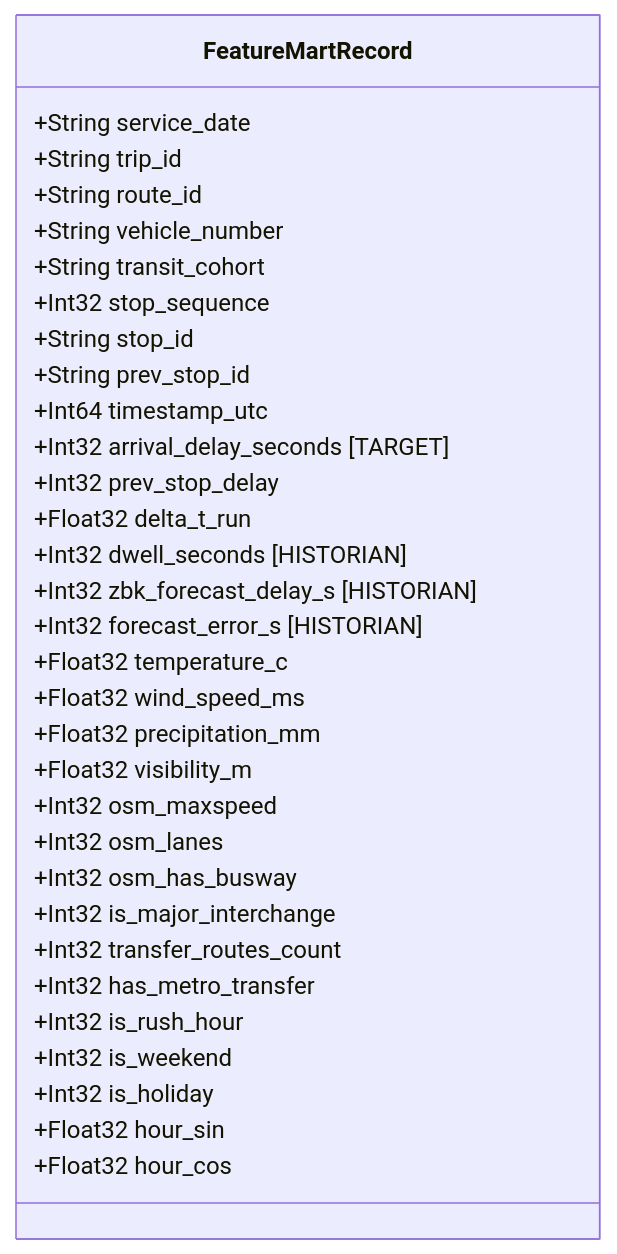
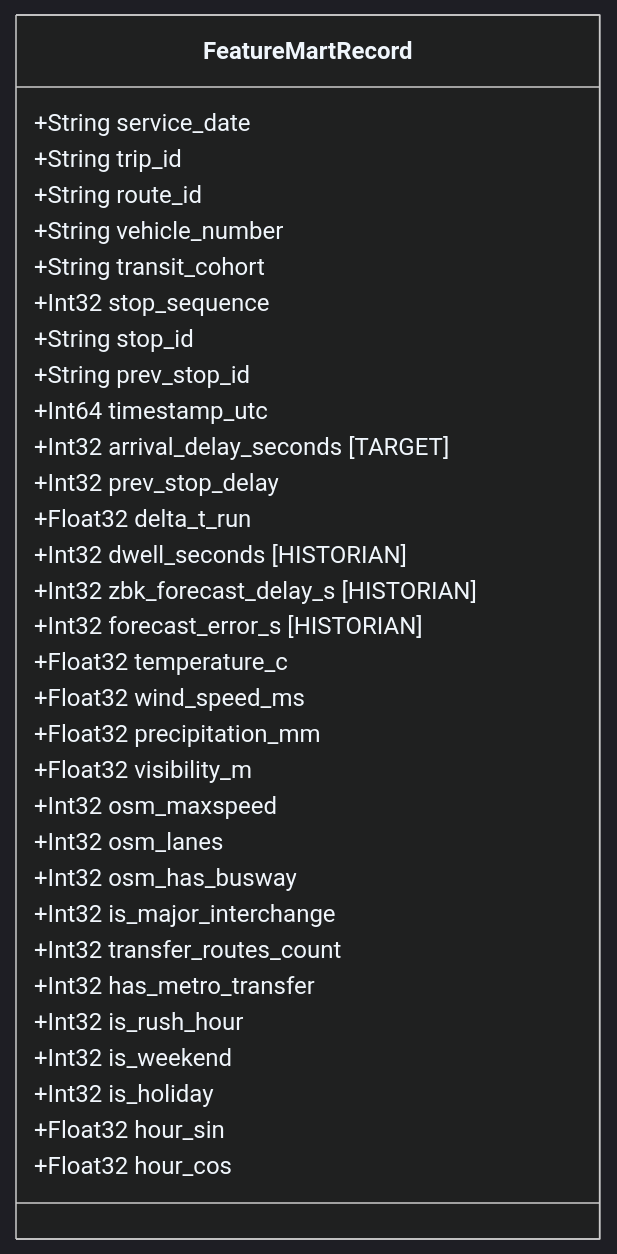
Before and after one commit to giangh14cqt/warsaw-public-transport-monitor: the second of 2 diagrams in architect/data_processing/feature_mart_fusion.md, drawn with Mermaid. The commit also changed other lines of this file and 9 other files, not shown here.

First line of the commit message:
style(architect): optimize all Mermaid diagrams for GitHub dark theme readability

````diff
--- a/architect/data_processing/feature_mart_fusion.md
+++ b/architect/data_processing/feature_mart_fusion.md
@@ -86,35 +110,46 @@
 ```mermaid
+%%{init: {
+  'theme': 'dark',
+  'themeVariables': {
+    'darkMode': true,
+    'background': '#0d1117',
+    'classText': '#f0f6fc',
+    'classBorder': '#58a6ff',
+    'classBkg': '#161b22',
+    'lineColor': '#8b949e'
+  }
+}}%%
 classDiagram
     class FeatureMartRecord {
         +String service_date
         +String trip_id
         +String route_id
         +String vehicle_number
         +String transit_cohort
         +Int32 stop_sequence
         +String stop_id
         +String prev_stop_id
         +Int64 timestamp_utc
         +Int32 arrival_delay_seconds [TARGET]
         +Int32 prev_stop_delay
         +Float32 delta_t_run
         +Int32 dwell_seconds [HISTORIAN]
         +Int32 zbk_forecast_delay_s [HISTORIAN]
         +Int32 forecast_error_s [HISTORIAN]
         +Float32 temperature_c
         +Float32 wind_speed_ms
         +Float32 precipitation_mm
         +Float32 visibility_m
         +Int32 osm_maxspeed
         +Int32 osm_lanes
         +Int32 osm_has_busway
         +Int32 is_major_interchange
         +Int32 transfer_routes_count
         +Int32 has_metro_transfer
         +Int32 is_rush_hour
         +Int32 is_weekend
         +Int32 is_holiday
         +Float32 hour_sin
         +Float32 hour_cos
     }
 ```
````
